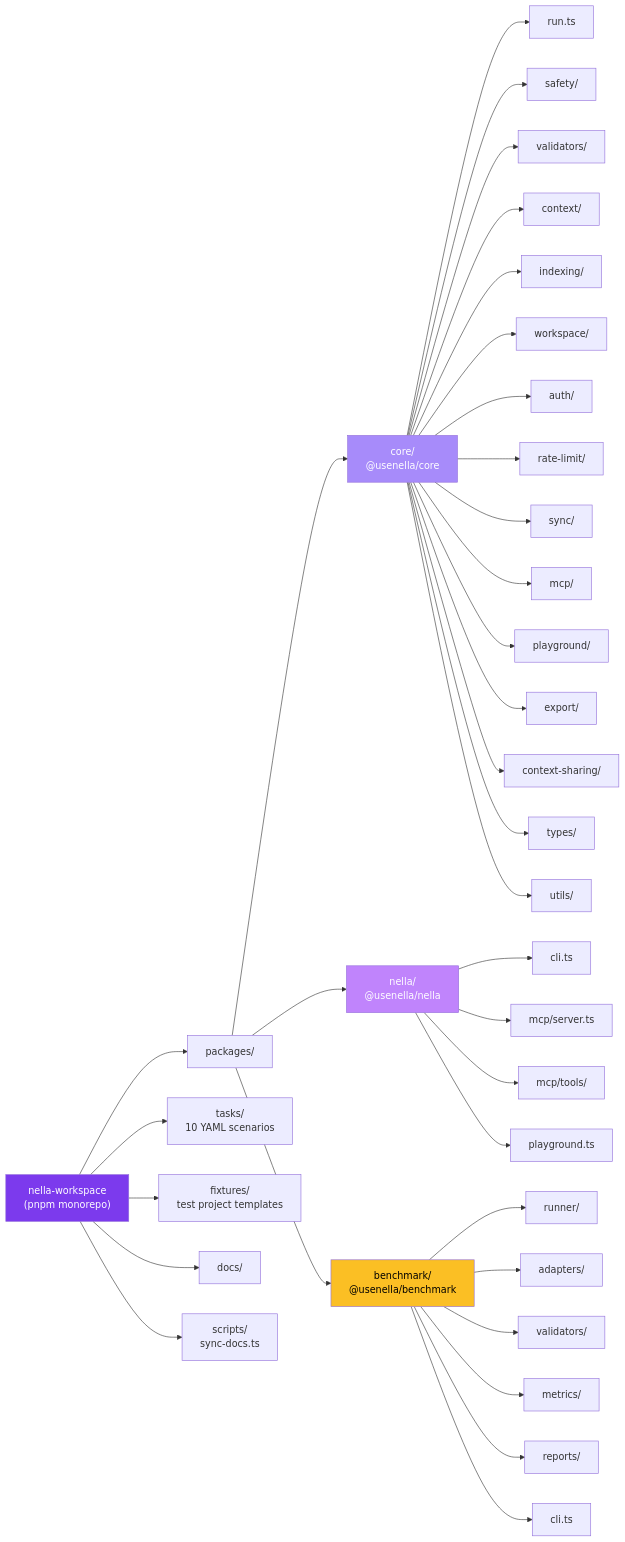
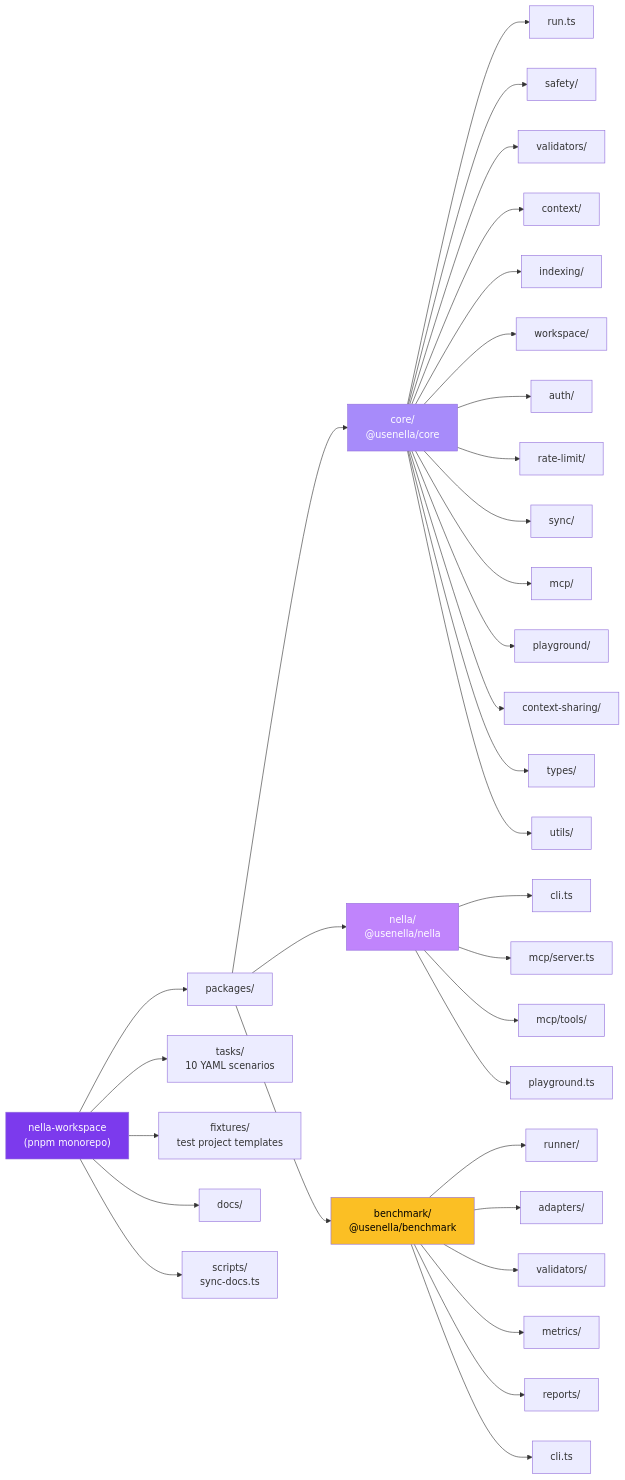
Before and after one commit to nella-labs/nella: the second of 24 diagrams in docs/architecture.md, drawn with Mermaid. The commit also changed other lines of this file and 11 other files, not shown here.

````diff
--- a/docs/architecture.md
+++ b/docs/architecture.md
@@ -78,47 +77,46 @@
 ```mermaid
 graph LR
     Root["nella-workspace<br/>(pnpm monorepo)"]
 
     Root --> Packages["packages/"]
     Root --> Tasks["tasks/<br/>10 YAML scenarios"]
     Root --> Fixtures["fixtures/<br/>test project templates"]
     Root --> Docs["docs/"]
     Root --> Scripts["scripts/<br/>sync-docs.ts"]
 
     Packages --> Core["core/<br/>@usenella/core"]
     Packages --> Nella["nella/<br/>@usenella/nella"]
     Packages --> Benchmark["benchmark/<br/>@usenella/benchmark"]
 
     Core --> C_Run["run.ts"]
     Core --> C_Safety["safety/"]
     Core --> C_Validators["validators/"]
     Core --> C_Context["context/"]
     Core --> C_Indexing["indexing/"]
     Core --> C_Workspace["workspace/"]
     Core --> C_Auth["auth/"]
     Core --> C_RateLimit["rate-limit/"]
     Core --> C_Sync["sync/"]
     Core --> C_MCP["mcp/"]
     Core --> C_Playground["playground/"]
-    Core --> C_Export["export/"]
     Core --> C_CtxShare["context-sharing/"]
     Core --> C_Types["types/"]
     Core --> C_Utils["utils/"]
 
     Nella --> N_CLI["cli.ts"]
     Nella --> N_MCP["mcp/server.ts"]
     Nella --> N_Tools["mcp/tools/"]
     Nella --> N_Play["playground.ts"]
 
     Benchmark --> B_Runner["runner/"]
     Benchmark --> B_Adapters["adapters/"]
     Benchmark --> B_Validators["validators/"]
     Benchmark --> B_Metrics["metrics/"]
     Benchmark --> B_Reports["reports/"]
     Benchmark --> B_CLI["cli.ts"]
 
     style Root fill:#7c3aed,color:#fff
     style Core fill:#a78bfa,color:#fff
     style Nella fill:#c084fc,color:#fff
     style Benchmark fill:#fbbf24,color:#000
 ```
````
